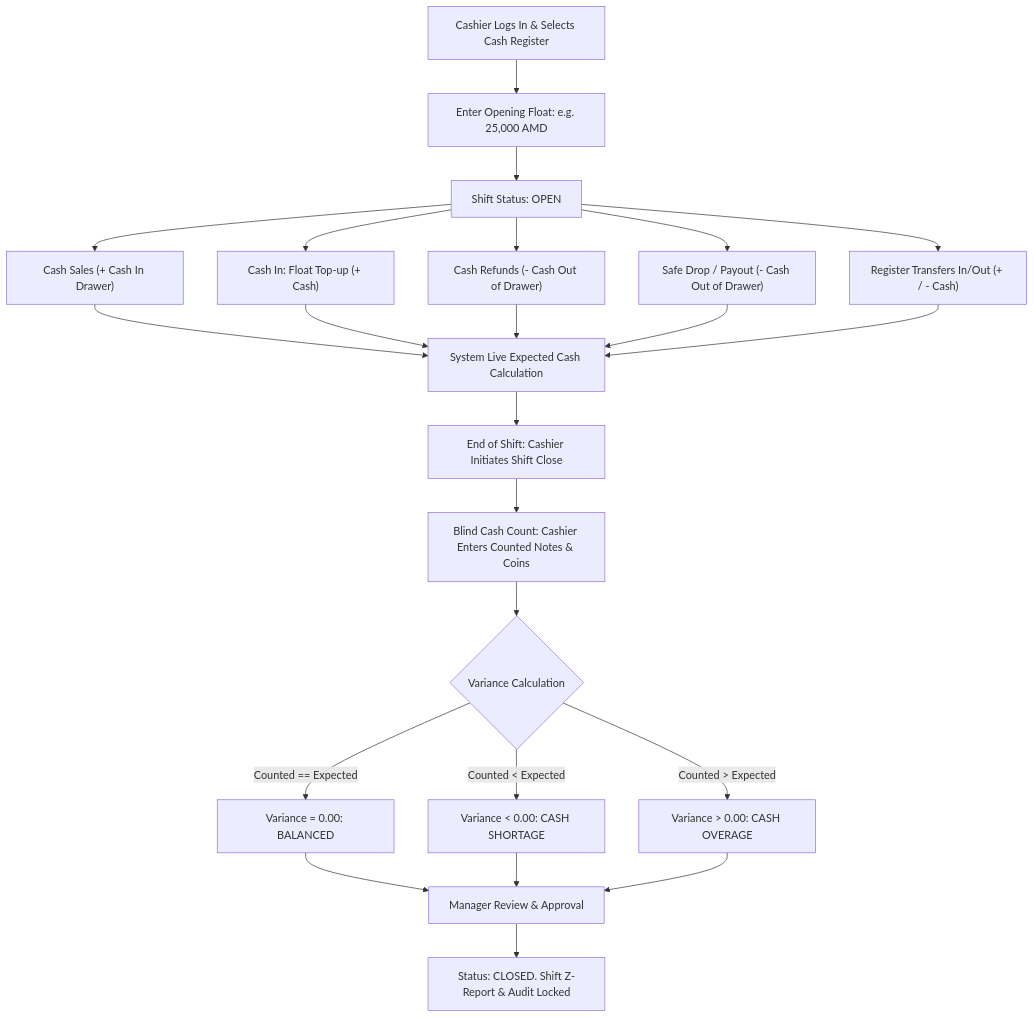
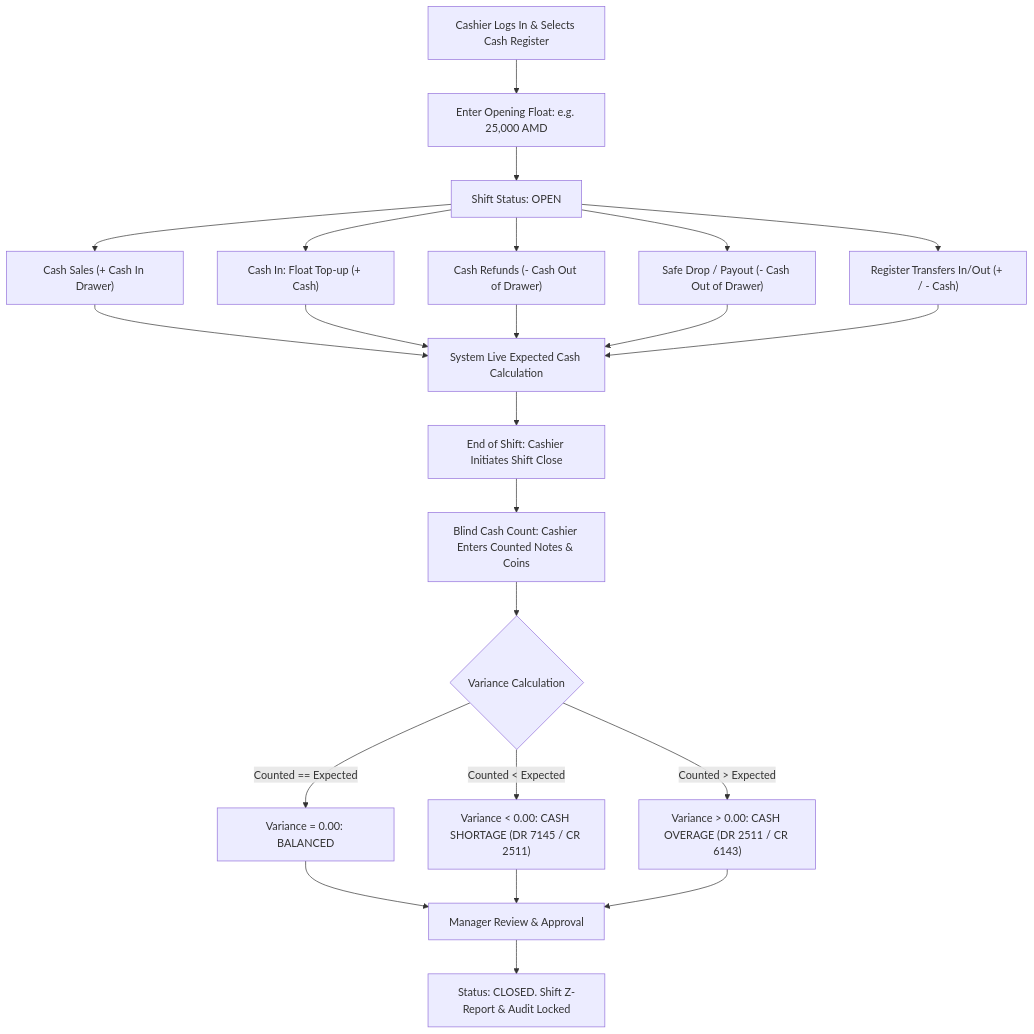
One commit to agevorgyan/qrmenu changed the third of 6 diagrams in docs/finance/03-financial-flow-diagrams.md. Above: the diagram before and after it, drawn with Mermaid. The commit also changed other lines of this file and 46 other files, not shown here.

````diff
--- a/docs/finance/03-financial-flow-diagrams.md
+++ b/docs/finance/03-financial-flow-diagrams.md
@@ -63,24 +63,24 @@
 ```mermaid
 flowchart TD
     A["Cashier Logs In & Selects Cash Register"] --> B["Enter Opening Float: e.g. 25,000 AMD"]
     B --> C["Shift Status: OPEN"]
     
     C --> D1["Cash Sales (+ Cash In Drawer)"]
     C --> D2["Cash In: Float Top-up (+ Cash)"]
     C --> D3["Cash Refunds (- Cash Out of Drawer)"]
     C --> D4["Safe Drop / Payout (- Cash Out of Drawer)"]
     C --> D5["Register Transfers In/Out (+ / - Cash)"]
     
     D1 & D2 & D3 & D4 & D5 --> E["System Live Expected Cash Calculation"]
     
     E --> F["End of Shift: Cashier Initiates Shift Close"]
     F --> G["Blind Cash Count: Cashier Enters Counted Notes & Coins"]
     
     G --> H{"Variance Calculation"}
     H -->|Counted == Expected| I["Variance = 0.00: BALANCED"]
-    H -->|Counted < Expected| J["Variance < 0.00: CASH SHORTAGE"]
-    H -->|Counted > Expected| K["Variance > 0.00: CASH OVERAGE"]
+    H -->|Counted < Expected| J["Variance < 0.00: CASH SHORTAGE (DR 7145 / CR 2511)"]
+    H -->|Counted > Expected| K["Variance > 0.00: CASH OVERAGE (DR 2511 / CR 6143)"]
     
     I & J & K --> L["Manager Review & Approval"]
     L --> M["Status: CLOSED. Shift Z-Report & Audit Locked"]
 ```
````
